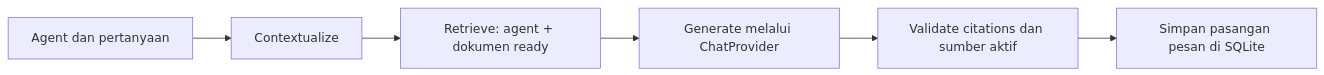
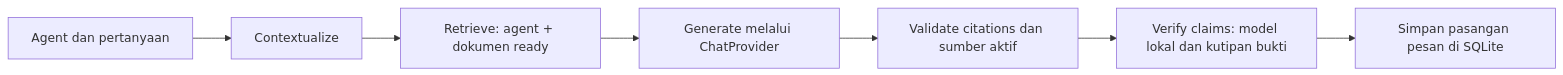
The diagram in README.md (sbharahap/Satria_Takehometest), drawn with Mermaid before and after one commit. The commit also changed other lines of this file and 30 other files, not shown here.

````diff
--- a/README.md
+++ b/README.md
@@ -104,8 +105,9 @@
 ```mermaid
 flowchart LR
     A[Agent dan pertanyaan] --> B[Contextualize]
     B --> C[Retrieve: agent + dokumen ready]
     C --> D[Generate melalui ChatProvider]
     D --> E[Validate citations dan sumber aktif]
-    E --> F[Simpan pasangan pesan di SQLite]
+    E --> V[Verify claims: model lokal dan kutipan bukti]
+    V --> F[Simpan pasangan pesan di SQLite]
 ```
````
